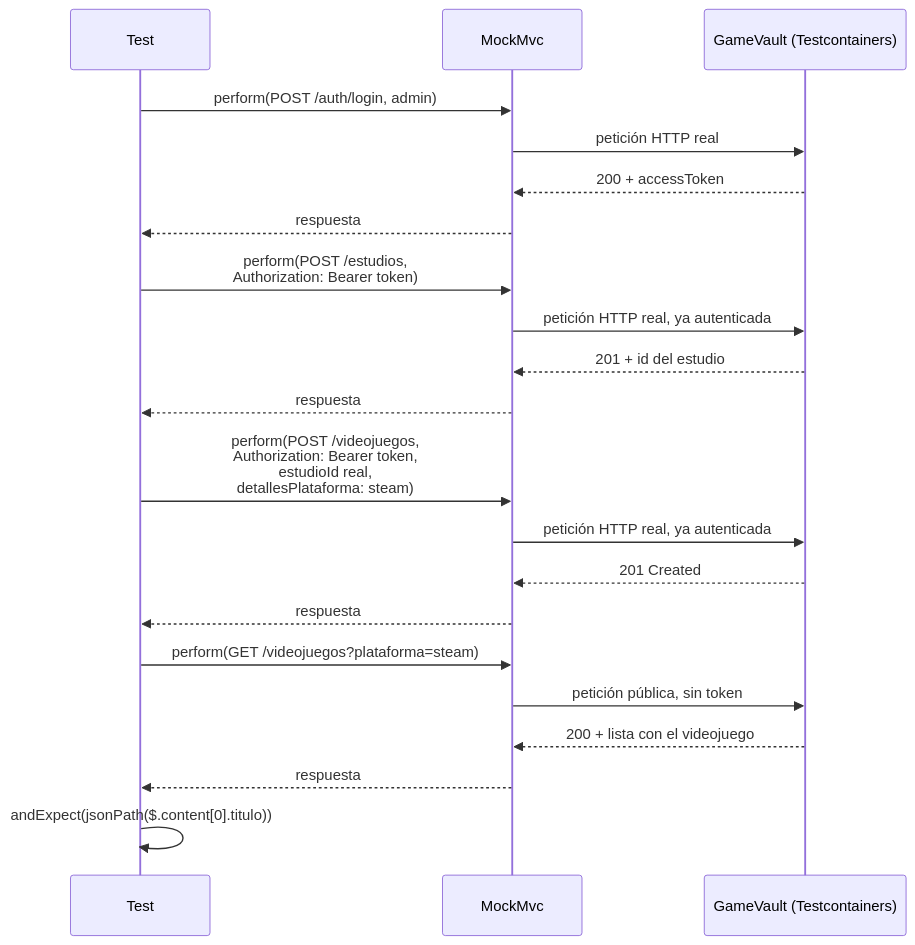
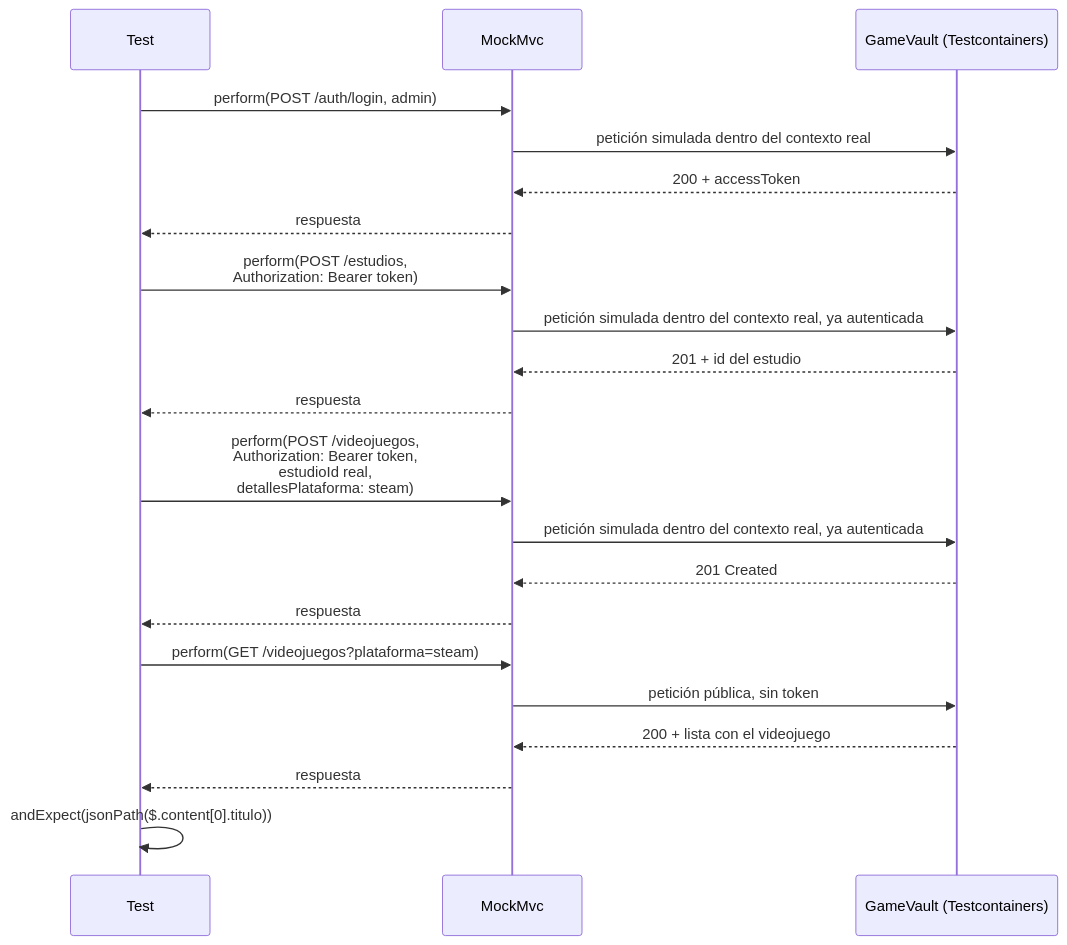
The first of 6 diagrams in docs/tema2/actividad_2_3.md (aitorventura/acceso-a-datos), drawn with Mermaid before and after one commit. The commit also changed other lines of this file and 5 other files, not shown here.

````diff
--- a/docs/tema2/actividad_2_3.md
+++ b/docs/tema2/actividad_2_3.md
@@ -199,27 +199,27 @@
 ```mermaid
 sequenceDiagram
     participant Test
     participant MockMvc
     participant App as GameVault (Testcontainers)
 
     Test->>MockMvc: perform(POST /auth/login, admin)
-    MockMvc->>App: petición HTTP real
+    MockMvc->>App: petición simulada dentro del contexto real
     App-->>MockMvc: 200 + accessToken
     MockMvc-->>Test: respuesta
 
     Test->>MockMvc: perform(POST /estudios,<br/>Authorization: Bearer token)
-    MockMvc->>App: petición HTTP real, ya autenticada
+    MockMvc->>App: petición simulada dentro del contexto real, ya autenticada
     App-->>MockMvc: 201 + id del estudio
     MockMvc-->>Test: respuesta
 
     Test->>MockMvc: perform(POST /videojuegos,<br/>Authorization: Bearer token,<br/>estudioId real,<br/>detallesPlataforma: steam)
-    MockMvc->>App: petición HTTP real, ya autenticada
+    MockMvc->>App: petición simulada dentro del contexto real, ya autenticada
     App-->>MockMvc: 201 Created
     MockMvc-->>Test: respuesta
 
     Test->>MockMvc: perform(GET /videojuegos?plataforma=steam)
     MockMvc->>App: petición pública, sin token
     App-->>MockMvc: 200 + lista con el videojuego
     MockMvc-->>Test: respuesta
     Test->>Test: andExpect(jsonPath($.content[0].titulo))
 ```
````
